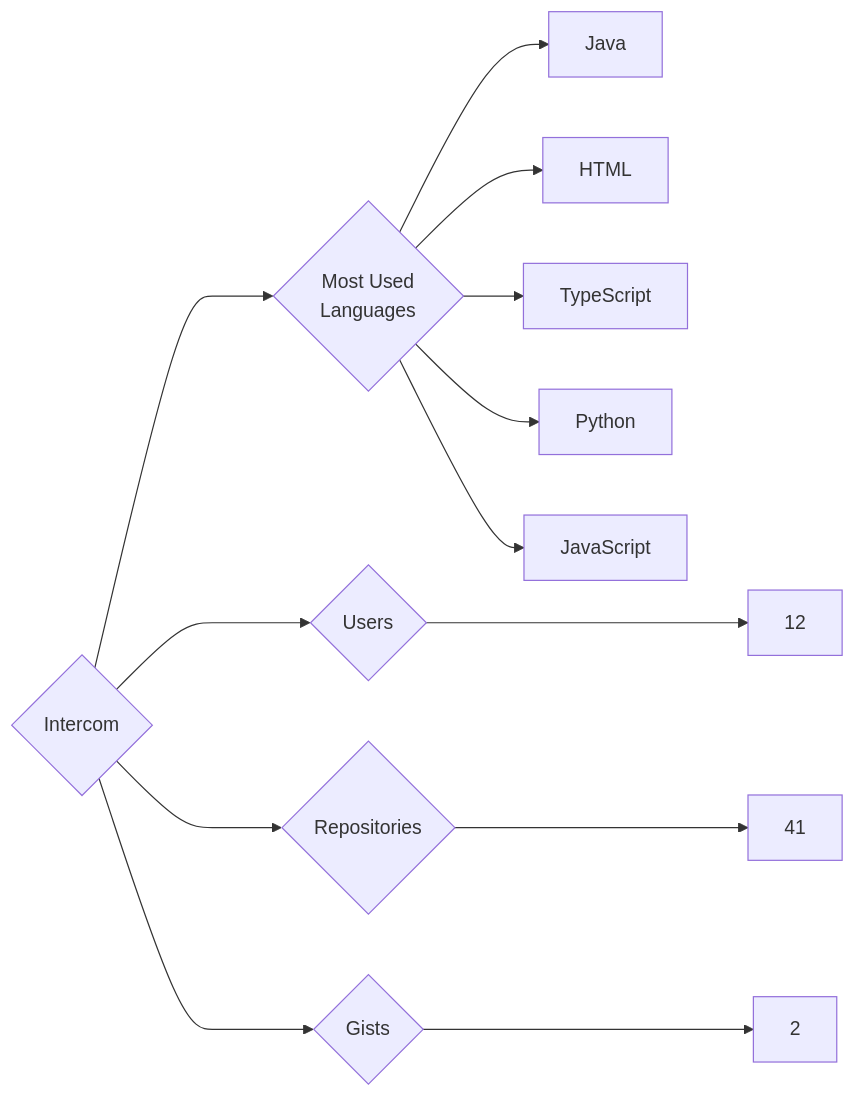
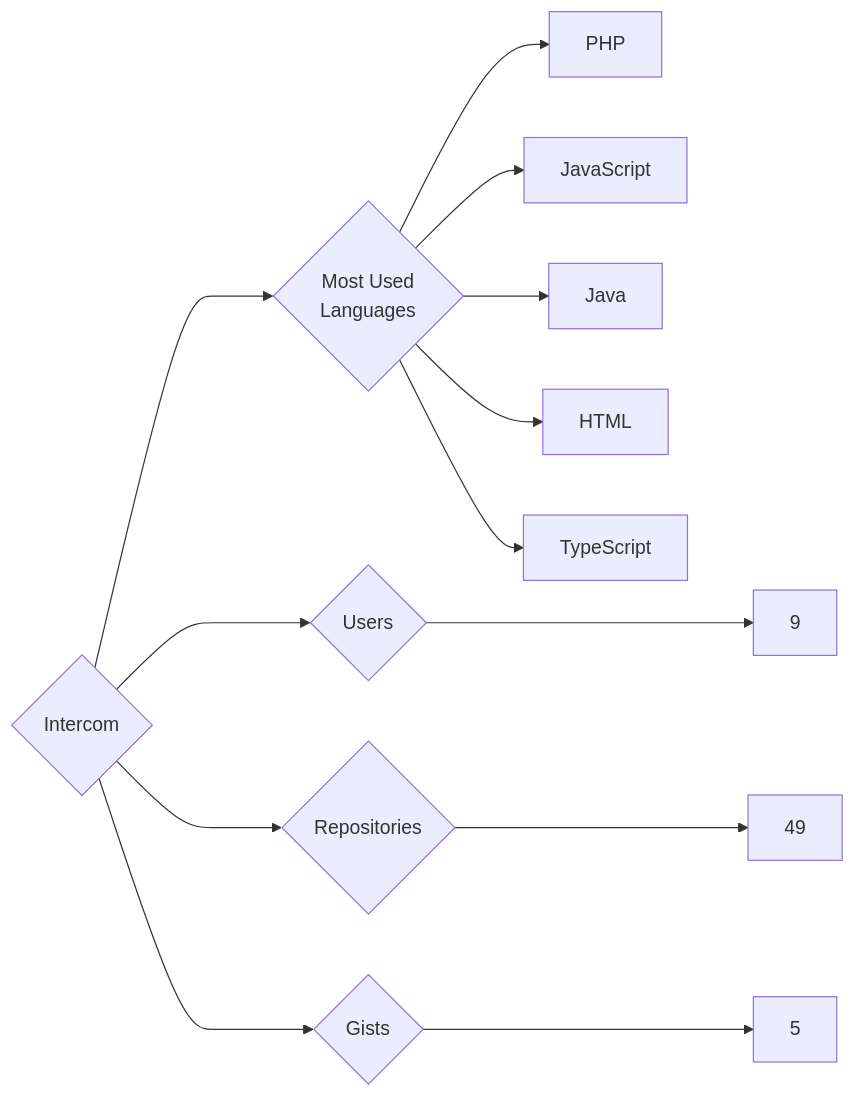
The diagram in targets/Intercom/README.md (trickest/insiders), drawn with Mermaid before and after one commit. The commit also changed 815 other files, not shown here.

````diff
--- a/targets/Intercom/README.md
+++ b/targets/Intercom/README.md
@@ -3,13 +3,13 @@
 ```mermaid
 graph LR
 COMPANY_NAME{Intercom}
-COMPANY_NAME ---> U{Users} ---> UN[12]
-COMPANY_NAME ---> R{Repositories} ---> RN[41]
-COMPANY_NAME ---> G{Gists} ---> GN[2]
+COMPANY_NAME ---> U{Users} ---> UN[9]
+COMPANY_NAME ---> R{Repositories} ---> RN[49]
+COMPANY_NAME ---> G{Gists} ---> GN[5]
 COMPANY_NAME ---> ML{Most Used<br>Languages}
+ML --> PHP[PHP]
+ML --> JavaScript[JavaScript]
 ML --> Java[Java]
 ML --> HTML[HTML]
 ML --> TypeScript[TypeScript]
-ML --> Python[Python]
-ML --> JavaScript[JavaScript]
 ```
````
